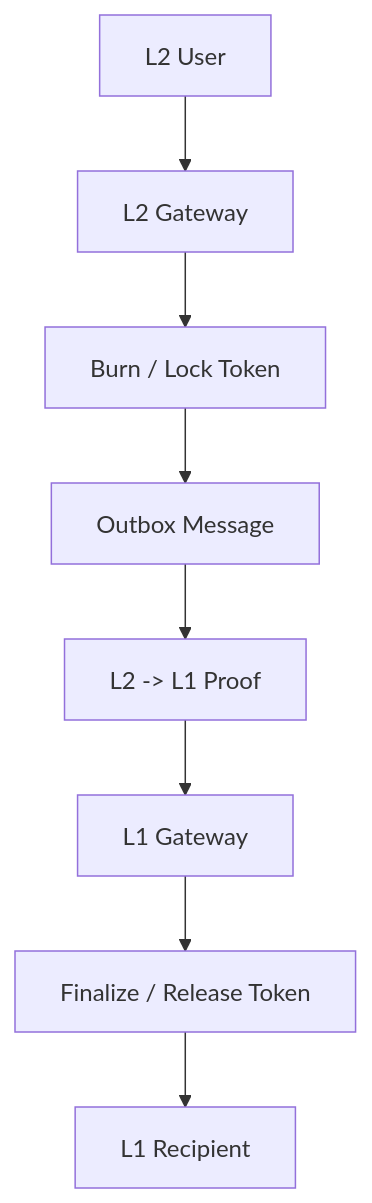
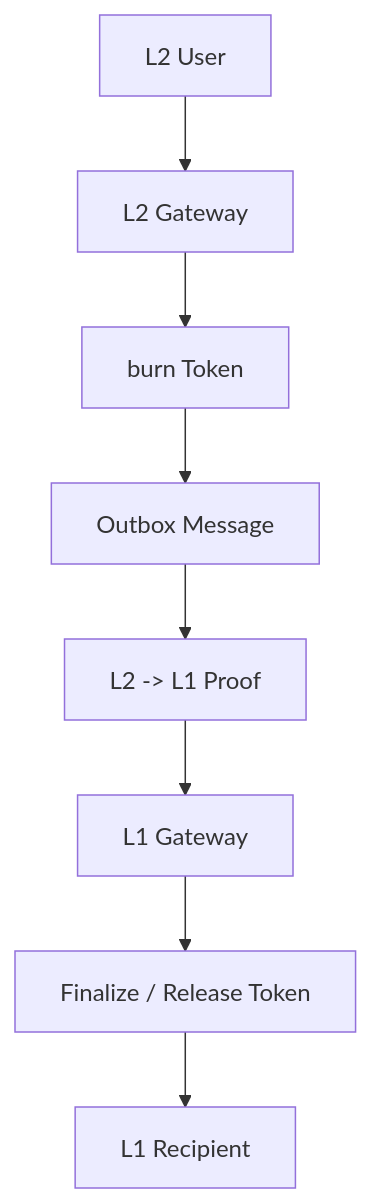
Before and after one commit to Keedz1Off/arbitrum-bridge-flow-local-review: the second of 2 diagrams in README.md, drawn with Mermaid. The commit also changed other lines of this file and 6 other files, not shown here.

Commit message:
Use burn-only wording for withdrawal flow

````diff
--- a/README.md
+++ b/README.md
@@ -89,10 +89,10 @@
 ```mermaid
 flowchart TD
     A["L2 User"] --> B["L2 Gateway"]
-    B --> C["Burn / Lock Token"]
+    B --> C["burn Token"]
     C --> D["Outbox Message"]
     D --> E["L2 -> L1 Proof"]
     E --> F["L1 Gateway"]
     F --> G["Finalize / Release Token"]
     G --> H["L1 Recipient"]
 ```
````
